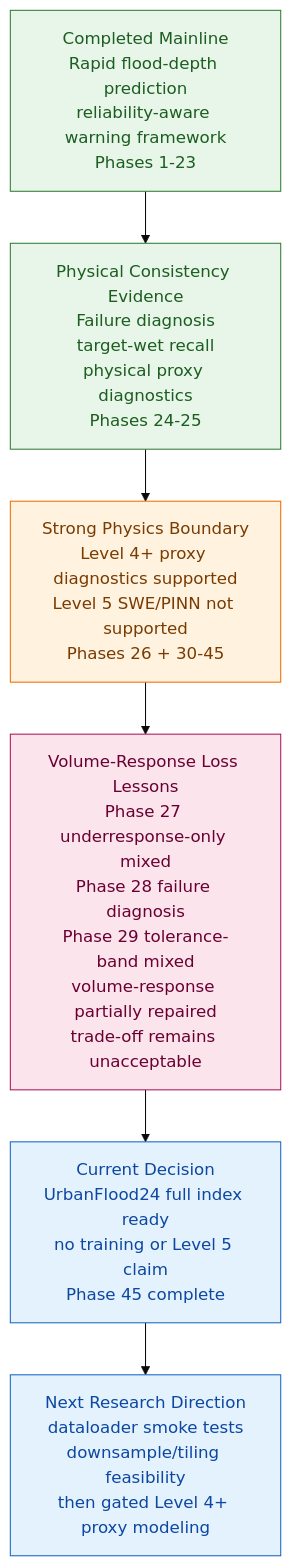
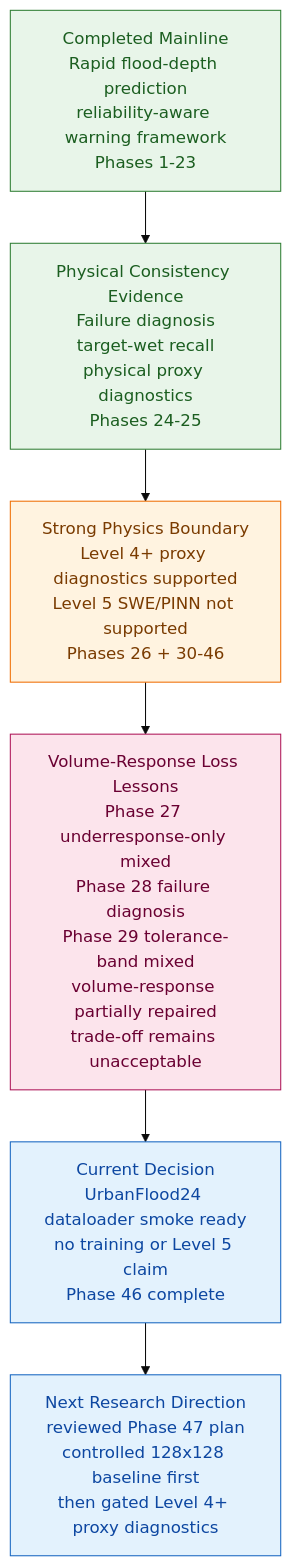
Before and after one commit to HolyLin990604/physics-guided-urban-flood-prediction: the third of 3 diagrams in README.md, drawn with Mermaid (base theme). The commit also changed other lines of this file and 2 other files, not shown here.

Commit message:
docs: sync phase46 dataloader smoke feasibility status

````diff
--- a/README.md
+++ b/README.md
@@ -488,16 +490,16 @@
 ```mermaid
 flowchart TD
     A["Completed Mainline<br/>Rapid flood-depth prediction<br/>reliability-aware warning framework<br/>Phases 1-23"]:::completed
     B["Physical Consistency Evidence<br/>Failure diagnosis<br/>target-wet recall<br/>physical proxy diagnostics<br/>Phases 24-25"]:::completed
-    C["Strong Physics Boundary<br/>Level 4+ proxy diagnostics supported<br/>Level 5 SWE/PINN not supported<br/>Phases 26 + 30-45"]:::boundary
+    C["Strong Physics Boundary<br/>Level 4+ proxy diagnostics supported<br/>Level 5 SWE/PINN not supported<br/>Phases 26 + 30-46"]:::boundary
     D["Volume-Response Loss Lessons<br/>Phase 27 underresponse-only mixed<br/>Phase 28 failure diagnosis<br/>Phase 29 tolerance-band mixed<br/>volume-response partially repaired<br/>trade-off remains unacceptable"]:::diagnosis
-    E["Current Decision<br/>UrbanFlood24 full index ready<br/>no training or Level 5 claim<br/>Phase 45 complete"]:::current
-    F["Next Research Direction<br/>dataloader smoke tests<br/>downsample/tiling feasibility<br/>then gated Level 4+ proxy modeling"]:::current
+    E["Current Decision<br/>UrbanFlood24 dataloader smoke ready<br/>no training or Level 5 claim<br/>Phase 46 complete"]:::current
+    F["Next Research Direction<br/>reviewed Phase 47 plan<br/>controlled 128x128 baseline first<br/>then gated Level 4+ proxy diagnostics"]:::current
 
     A --> B --> C --> D --> E --> F
 
     classDef completed fill:#e8f5e9,stroke:#2e7d32,color:#1b5e20
     classDef boundary fill:#fff3e0,stroke:#ef6c00,color:#7a3b00
     classDef diagnosis fill:#fce4ec,stroke:#ad1457,color:#6a0032
     classDef current fill:#e3f2fd,stroke:#1565c0,color:#0d47a1
 ```
````
